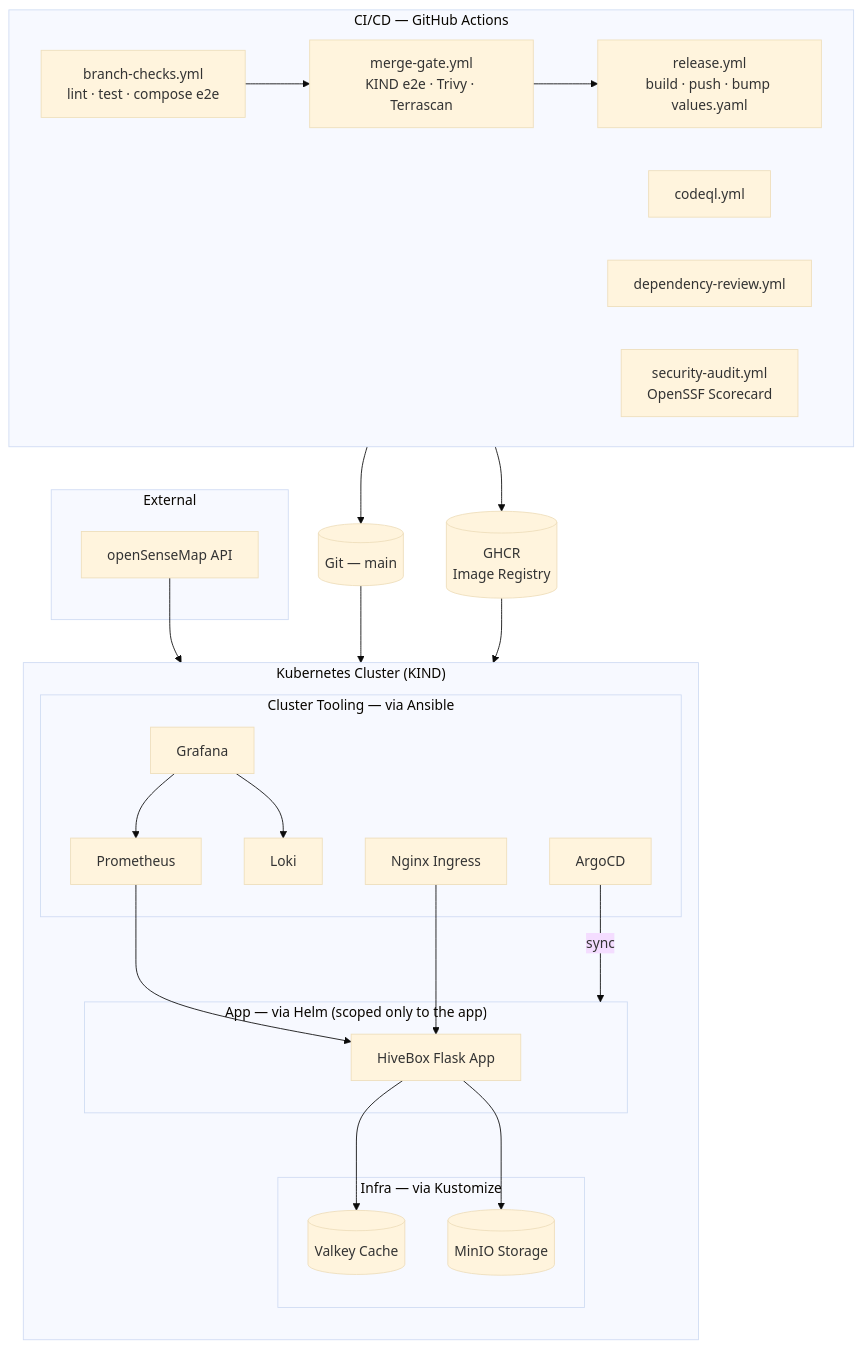
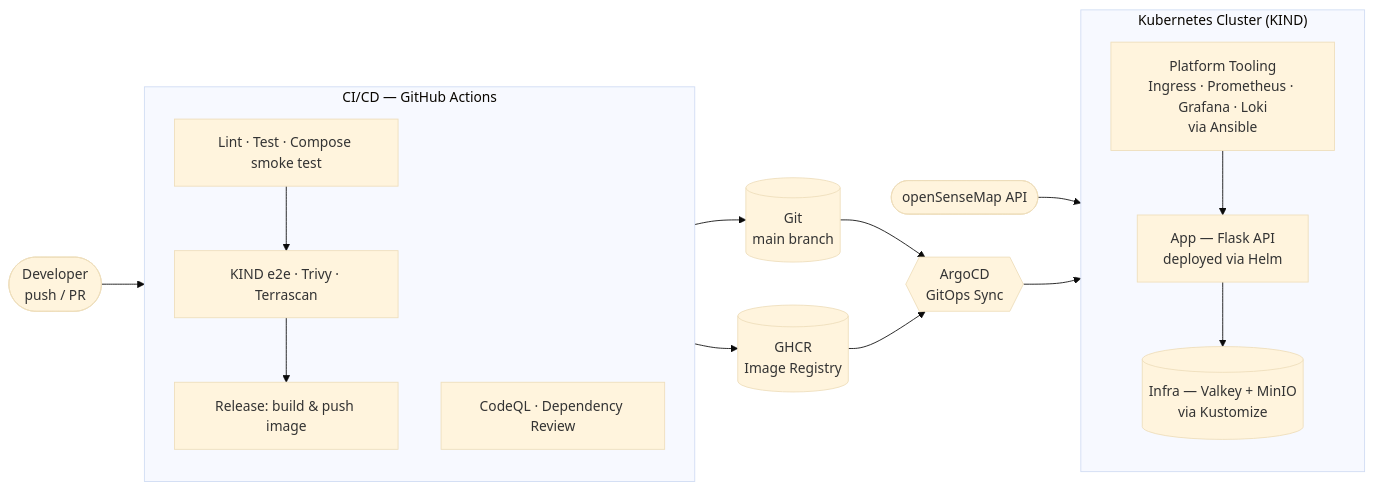
Before and after one commit to nouraldeen417/DevOps-HiveBox-Project-: the diagram in README.md, drawn with Mermaid (base theme). The commit also changed other lines of this file and 8 other files, not shown here.

````diff
--- a/README.md
+++ b/README.md
@@ -65,56 +65,33 @@
 ```mermaid
-flowchart TB
-    subgraph External
-        OSM[openSenseMap API]
+flowchart LR
+    DEV([Developer<br/>push / PR]) --> CICD
+ 
+    subgraph CICD["CI/CD — GitHub Actions"]
+        direction TB
+        C1[Lint · Test · Compose smoke test]
+        C2[KIND e2e · Trivy · Terrascan]
+        C3[CodeQL · Dependency Review]
+        C4[Release: build & push image]
+        C1 --> C2 --> C4
     end
-
-    subgraph CICD["CI/CD — GitHub Actions"]
-        direction LR
-        BC[branch-checks.yml<br/>lint · test · compose e2e]
-        MG[merge-gate.yml<br/>KIND e2e · Trivy · Terrascan]
-        CQ[codeql.yml]
-        DR[dependency-review.yml]
-        REL[release.yml<br/>build · push · bump values.yaml]
-        SA[security-audit.yml<br/>OpenSSF Scorecard]
+ 
+    CICD --> GHCR[(GHCR<br/>Image Registry)]
+    CICD --> GIT[(Git<br/>main branch)]
+ 
+    GIT --> ARGO{{ArgoCD<br/>GitOps Sync}}
+    GHCR --> ARGO
+ 
+    ARGO --> K8S
+ 
+    subgraph K8S["Kubernetes Cluster (KIND)"]
+        direction TB
+        APP[App — Flask API<br/>deployed via Helm]
+        INFRA[(Infra — Valkey + MinIO<br/>via Kustomize)]
+        PLATFORM[Platform Tooling<br/>Ingress · Prometheus · Grafana · Loki<br/>via Ansible]
+ 
+        PLATFORM --> APP
+        APP --> INFRA
     end
-
-    GHCR[(GHCR<br/>Image Registry)]
-    GIT[(Git — main)]
-
-    subgraph Cluster["Kubernetes Cluster (KIND)"]
-        direction TB
-
-        subgraph AnsibleLayer["Cluster Tooling — via Ansible"]
-            NGINX[Nginx Ingress]
-            PROM[Prometheus]
-            GRAF[Grafana]
-            LOKI[Loki]
-            ARGO[ArgoCD]
-        end
-
-        subgraph AppLayer["App — via Helm (scoped only to the app)"]
-            API[HiveBox Flask App]
-        end
-
-        subgraph InfraLayer["Infra — via Kustomize"]
-            VALKEY[(Valkey Cache)]
-            MINIO[(MinIO Storage)]
-        end
-    end
-
-    OSM --> API
-    API --> VALKEY
-    API --> MINIO
-    PROM --> API
-    GRAF --> PROM
-    GRAF --> LOKI
-    NGINX --> API
-
-    BC --> MG
-    MG --> REL
-    REL --> GHCR
-    REL --> GIT
-    GIT --> ARGO
-    GHCR --> ARGO
-    ARGO -->|sync| AppLayer
+ 
+    OSM([openSenseMap API]) --> APP
 ```
````
